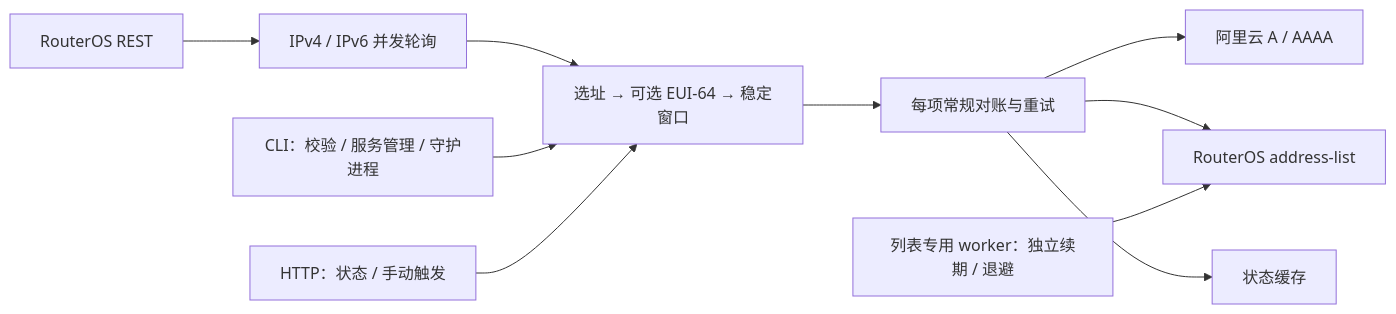
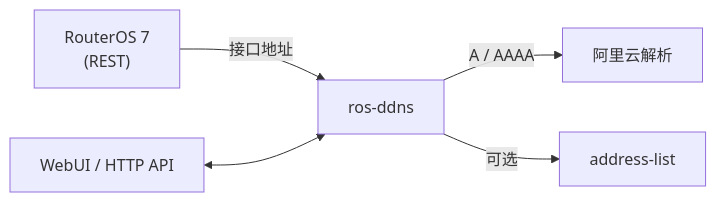
One commit to hvvvvvvv/ros-ddns changed the diagram in README.md. Above: the diagram before and after it, drawn with Mermaid. The commit also changed other lines of this file, not shown here.

````diff
--- a/README.md
+++ b/README.md
@@ -16,12 +20,7 @@
 ```mermaid
 flowchart LR
-    ROS["RouterOS REST"] --> Poll["IPv4 / IPv6 并发轮询"]
-    Poll --> Item["选址 → 可选 EUI-64 → 稳定窗口"]
-    Item --> Reconcile["每项常规对账与重试"]
-    Reconcile --> DNS["阿里云 A / AAAA"]
-    Reconcile --> List["RouterOS address-list"]
-    Timer["列表专用 worker：独立续期 / 退避"] --> List
-    CLI["CLI：校验 / 服务管理 / 守护进程"] --> Item
-    API["HTTP：状态 / 手动触发"] --> Item
-    Reconcile --> State["状态缓存"]
+    ROS["RouterOS 7<br/>(REST)"] -->|接口地址| APP["ros-ddns"]
+    APP -->|A / AAAA| DNS["阿里云解析"]
+    APP -->|可选| LIST["address-list"]
+    UI["WebUI / HTTP API"] <--> APP
 ```
````
